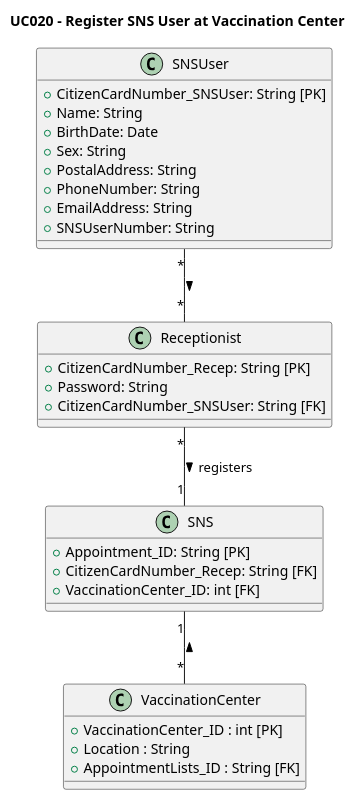
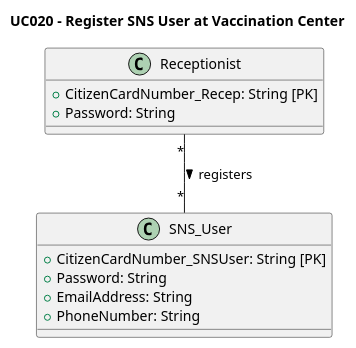
One commit to rafaafig/SnsTrab changed the diagram in sns-base/doc/global/use-cases/UC020/ucd-UCD020.puml. Above: the diagram before and after it, drawn with PlantUML.

Commit message:
UCD20 update

```diff
--- a/sns-base/doc/global/use-cases/UC020/ucd-UCD020.puml
+++ b/sns-base/doc/global/use-cases/UC020/ucd-UCD020.puml
@@ -1,41 +1,24 @@
 @startuml
 skinparam monochrome false
 skinparam shadowing false
 
 title UC020 - Register SNS User at Vaccination Center
 
-class VaccinationCenter {
-    + VaccinationCenter_ID : int [PK]
-    + Location : String
-    + AppointmentLists_ID : String [FK]
-}
 class Receptionist {
     +CitizenCardNumber_Recep: String [PK]
     +Password: String
-    +CitizenCardNumber_SNSUser: String [FK]
-
 }
 
-class SNSUser {
+class SNS_User {
     +CitizenCardNumber_SNSUser: String [PK]
-    +Name: String
-    +BirthDate: Date
-    +Sex: String
-    +PostalAddress: String
+    +Password: String
+    +EmailAddress: String
     +PhoneNumber: String
-    +EmailAddress: String
-    +SNSUserNumber: String
-}
-class SNS {
-    +Appointment_ID: String [PK]
-    +CitizenCardNumber_Recep: String [FK]
-    +VaccinationCenter_ID: int [FK]
 }
 
 ' Relationships
-SNSUser "*" -- "*" Receptionist : >
-Receptionist "*" -- "1" SNS : registers >
-SNS "1" -- "*" VaccinationCenter : <
+Receptionist "*" -- "*" SNS_User : registers >
+
 
 
 @enduml
```
